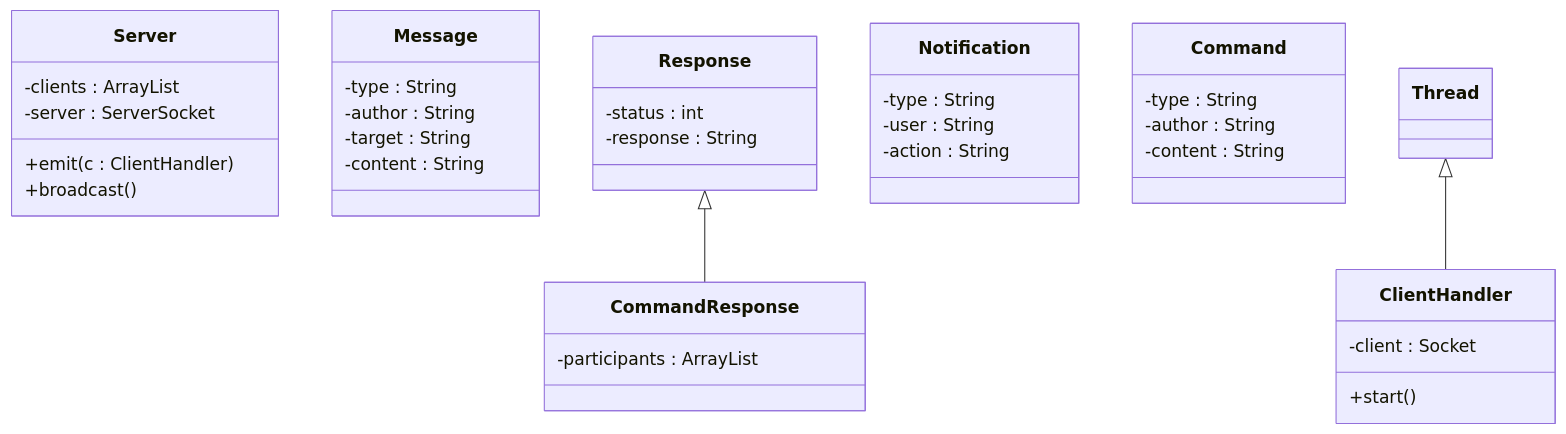
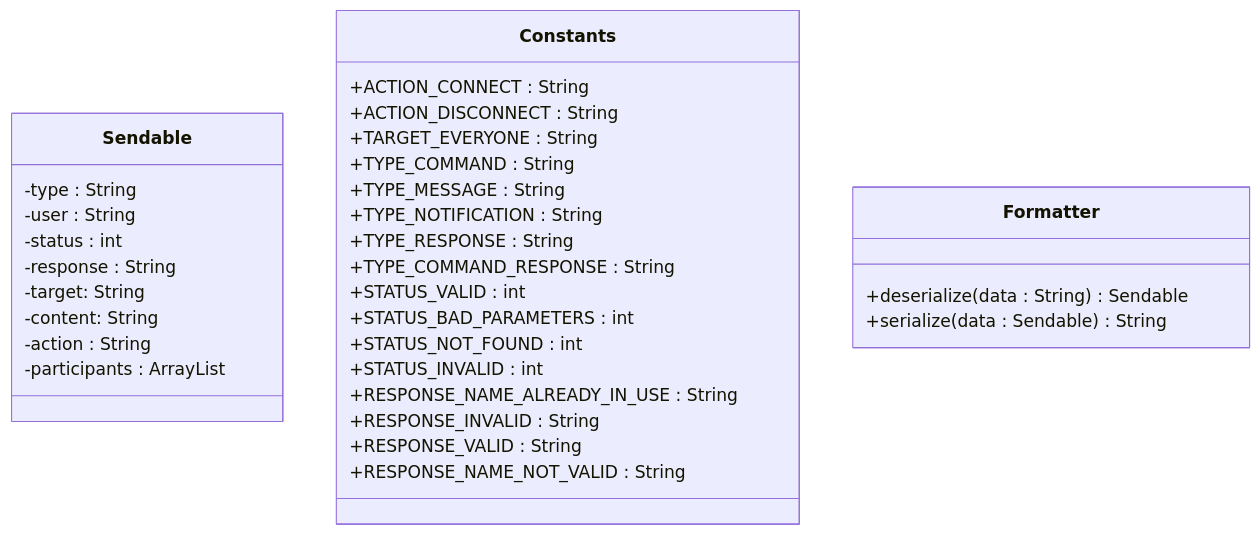
One commit to dicarlo-meucci/Java-Chat changed the seventh of 7 diagrams in README.md. Above: the diagram before and after it, drawn with Mermaid. The commit also changed other lines of this file and 3 other files, not shown here.

````diff
--- a/README.md
+++ b/README.md
@@ -319,45 +341,37 @@
 ```mermaid
 classDiagram
-class ClientHandler {
-    -client : Socket
-    +start()
-}
-
-class Server {
-    -clients : ArrayList
-    -server : ServerSocket
-    +emit(c : ClientHandler)
-    +broadcast()
-}
-
-class Message {
+class Sendable {
     -type : String
-    -author : String
-    -target : String
-    -content : String
-}
-
-class Response {
+    -user : String
     -status : int
     -response : String
-}
-
-class CommandResponse {
+    -target: String
+    -content: String
+    -action : String
     -participants : ArrayList
 }
 
-class Notification {
-    -type : String
-    -user : String
-    -action : String
+class Constants {
+    +ACTION_CONNECT : String
+    +ACTION_DISCONNECT : String
+    +TARGET_EVERYONE : String
+    +TYPE_COMMAND : String
+    +TYPE_MESSAGE : String
+    +TYPE_NOTIFICATION : String
+    +TYPE_RESPONSE : String
+    +TYPE_COMMAND_RESPONSE : String
+    +STATUS_VALID : int
+    +STATUS_BAD_PARAMETERS : int
+    +STATUS_NOT_FOUND : int
+    +STATUS_INVALID : int
+    +RESPONSE_NAME_ALREADY_IN_USE : String
+    +RESPONSE_INVALID : String
+    +RESPONSE_VALID  : String
+    +RESPONSE_NAME_NOT_VALID : String
 }
 
-class Command {
-    -type : String
-    -author : String
-    -content : String
+class Formatter {
+    +deserialize(data : String) Sendable
+    +serialize(data : Sendable) String
 }
-
-Thread <|-- ClientHandler
-Response <|-- CommandResponse
 ```
````
